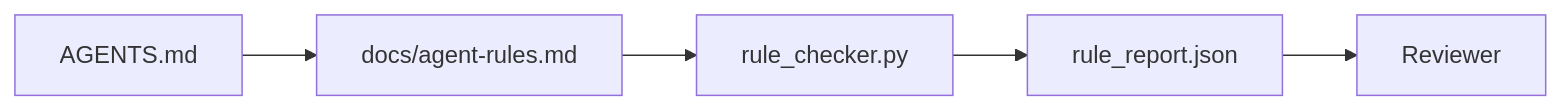
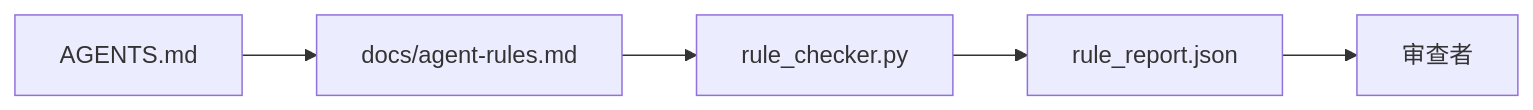
One commit to alessandrodinisio-ai/ai-engineering-learning-framework changed the diagram in phases/14-agent-engineering/33-instructions-as-executable-constraints/docs/zh.md. Above: the diagram before and after it, drawn with Mermaid. The commit also changed 120 other files, not shown here.

First line of the commit message:
i18n(mermaid): 337 个 mermaid 图表标签中文化

````diff
--- a/phases/14-agent-engineering/33-instructions-as-executable-constraints/docs/zh.md
+++ b/phases/14-agent-engineering/33-instructions-as-executable-constraints/docs/zh.md
@@ -27,7 +27,7 @@
 ```mermaid
 flowchart LR
   Router[AGENTS.md] --> Rules[docs/agent-rules.md]
   Rules --> Checker[rule_checker.py]
   Checker --> Report[rule_report.json]
-  Report --> Reviewer[Reviewer]
+  Report --> Reviewer[审查者]
 ```
````
